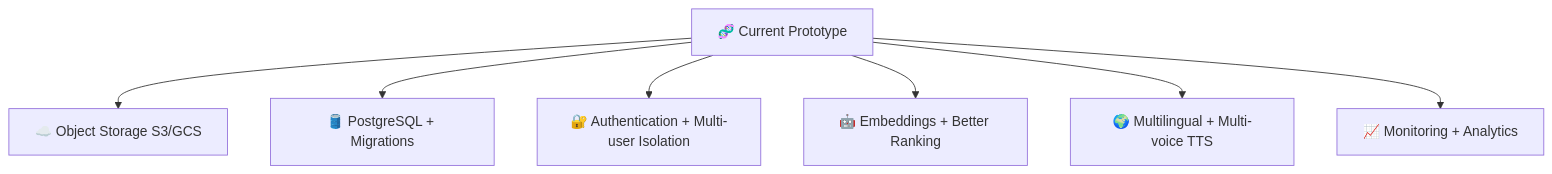
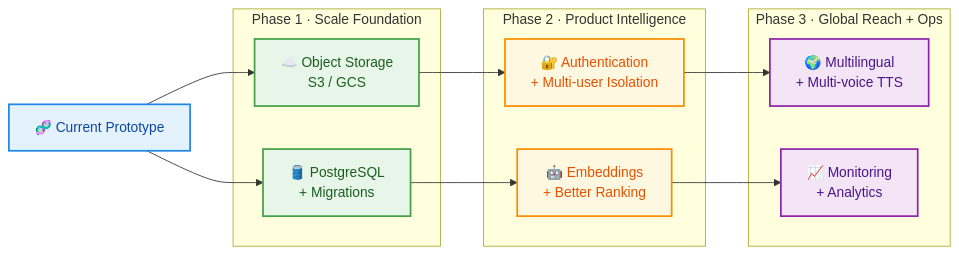
Before and after one commit to Ankitarai27/Adobe-Hackathon-2025: the fifth of 5 diagrams in README.md, drawn with Mermaid. The commit also changed other lines of this file, not shown here.

Commit message:
Enhance README diagrams with polished left-to-right styling

````diff
--- a/README.md
+++ b/README.md
@@ -275,9 +329,32 @@
 ```mermaid
-flowchart TD
-    A[🧬 Current Prototype] --> B[☁️ Object Storage S3/GCS]
-    A --> C[🛢️ PostgreSQL + Migrations]
-    A --> D[🔐 Authentication + Multi-user Isolation]
-    A --> E[🤖 Embeddings + Better Ranking]
-    A --> F[🌍 Multilingual + Multi-voice TTS]
-    A --> G[📈 Monitoring + Analytics]
+flowchart LR
+    A[🧬 Current Prototype]
+
+    subgraph P1[Phase 1 · Scale Foundation]
+      B[☁️ Object Storage\nS3 / GCS]
+      C[🛢️ PostgreSQL\n+ Migrations]
+    end
+
+    subgraph P2[Phase 2 · Product Intelligence]
+      D[🔐 Authentication\n+ Multi-user Isolation]
+      E[🤖 Embeddings\n+ Better Ranking]
+    end
+
+    subgraph P3[Phase 3 · Global Reach + Ops]
+      F[🌍 Multilingual\n+ Multi-voice TTS]
+      G[📈 Monitoring\n+ Analytics]
+    end
+
+    A --> B --> D --> F
+    A --> C --> E --> G
+
+    classDef current fill:#E3F2FD,stroke:#1E88E5,color:#0D47A1,stroke-width:2px;
+    classDef phase1 fill:#E8F5E9,stroke:#43A047,color:#1B5E20,stroke-width:2px;
+    classDef phase2 fill:#FFF8E1,stroke:#FB8C00,color:#E65100,stroke-width:2px;
+    classDef phase3 fill:#F3E5F5,stroke:#8E24AA,color:#4A148C,stroke-width:2px;
+
+    class A current;
+    class B,C phase1;
+    class D,E phase2;
+    class F,G phase3;
 ```
````
